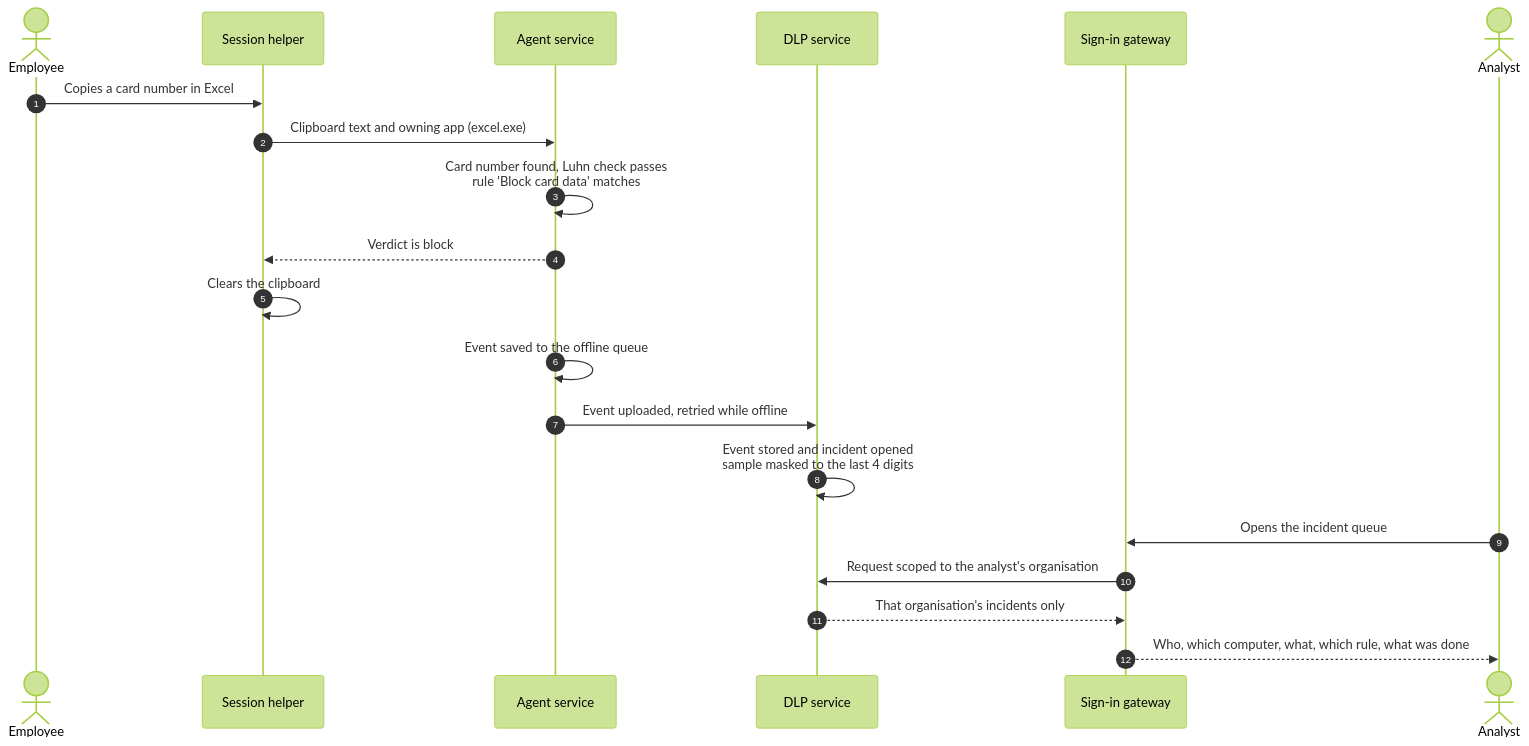
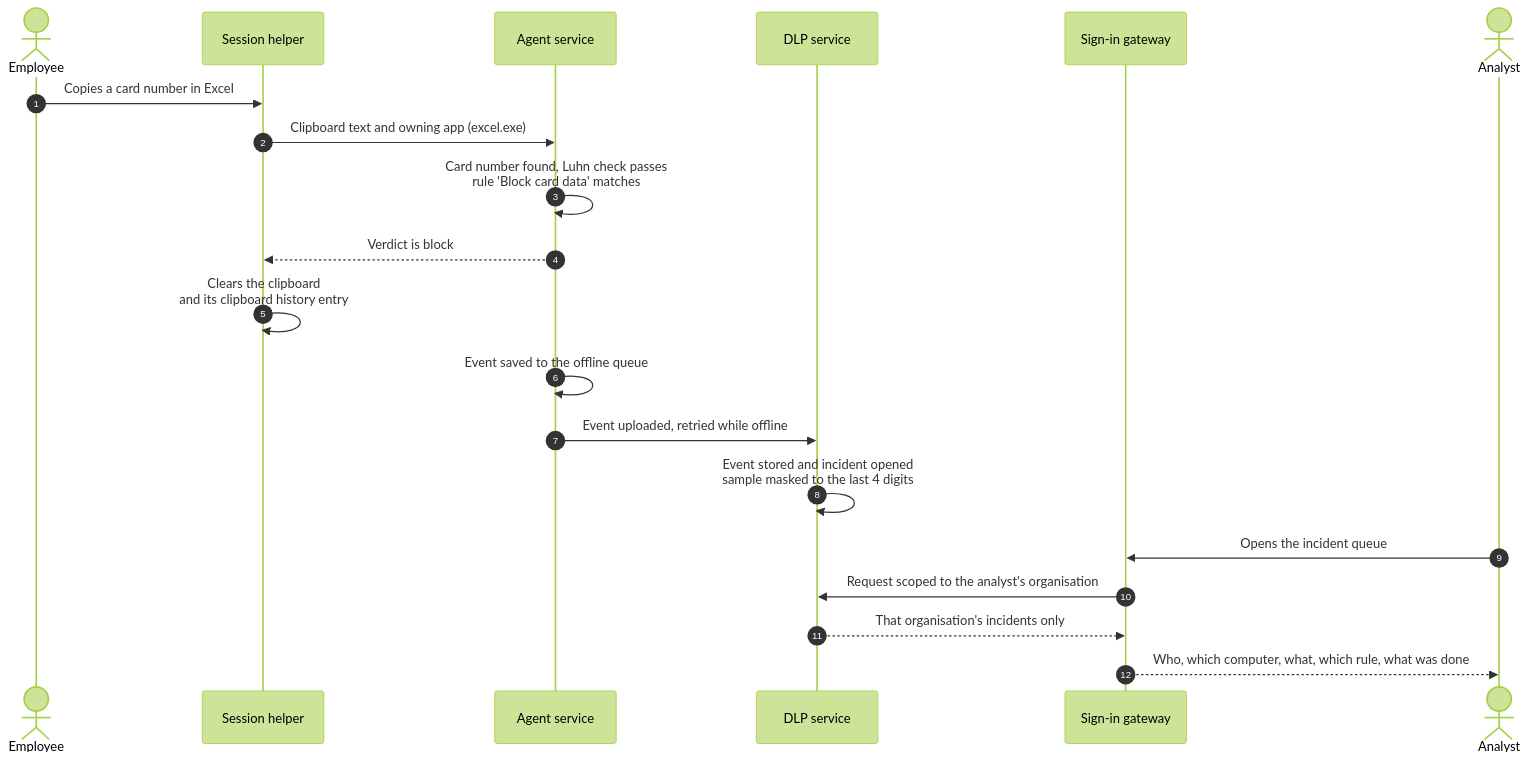
Before and after one commit to nikit-cyberultron/ZeroShield-DLP-Public: the fourth of 8 diagrams in README.md, drawn with Mermaid (forest theme). The commit also changed other lines of this file and 1 other file, not shown here.

````diff
--- a/README.md
+++ b/README.md
@@ -182,23 +193,23 @@
 ```mermaid
 sequenceDiagram
     autonumber
     actor Employee
     participant Helper as Session helper
     participant Agent as Agent service
     participant DLP as DLP service
     participant GW as Sign-in gateway
     actor Analyst
 
     Employee->>Helper: Copies a card number in Excel
     Helper->>Agent: Clipboard text and owning app (excel.exe)
     Agent->>Agent: Card number found, Luhn check passes<br/>rule 'Block card data' matches
     Agent-->>Helper: Verdict is block
-    Helper->>Helper: Clears the clipboard
+    Helper->>Helper: Clears the clipboard<br/>and its clipboard history entry
     Agent->>Agent: Event saved to the offline queue
     Agent->>DLP: Event uploaded, retried while offline
     DLP->>DLP: Event stored and incident opened<br/>sample masked to the last 4 digits
     Analyst->>GW: Opens the incident queue
     GW->>DLP: Request scoped to the analyst's organisation
     DLP-->>GW: That organisation's incidents only
     GW-->>Analyst: Who, which computer, what, which rule, what was done
 ```
````
